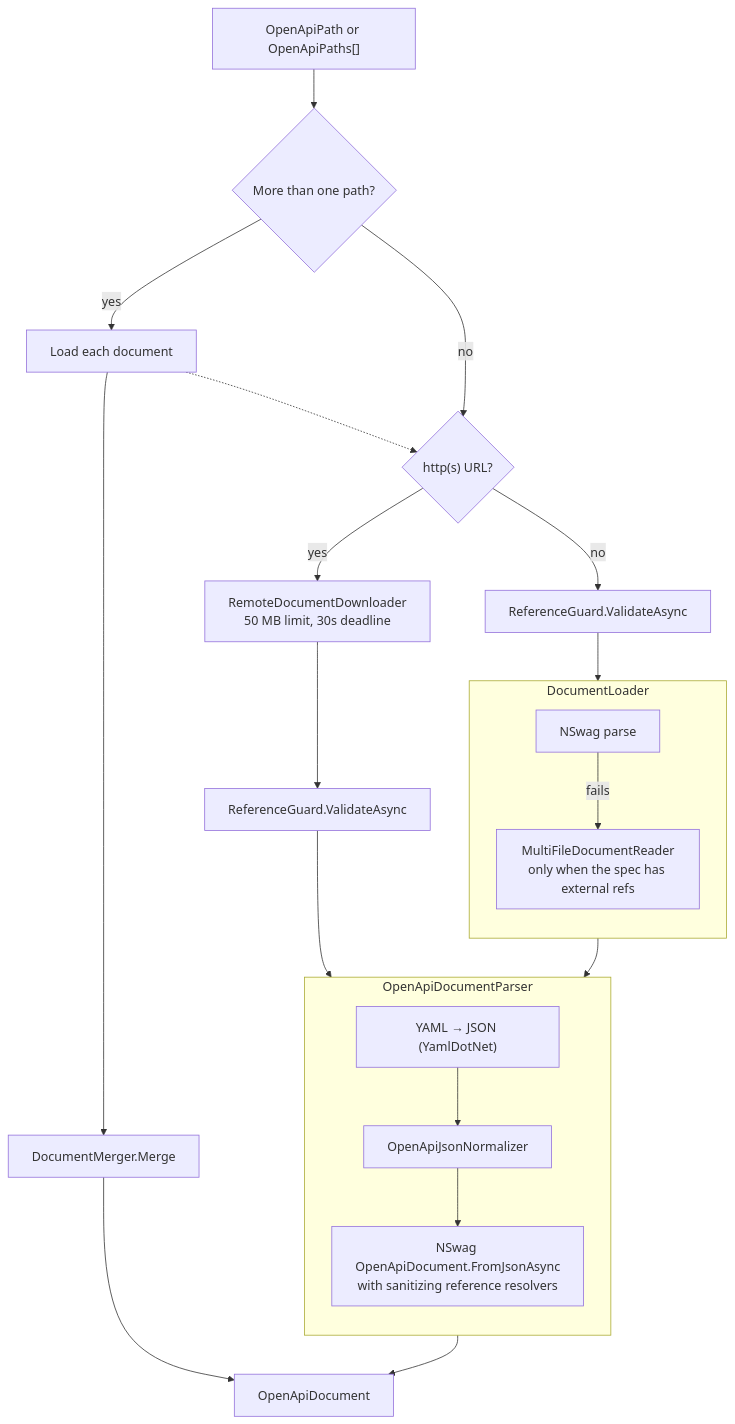
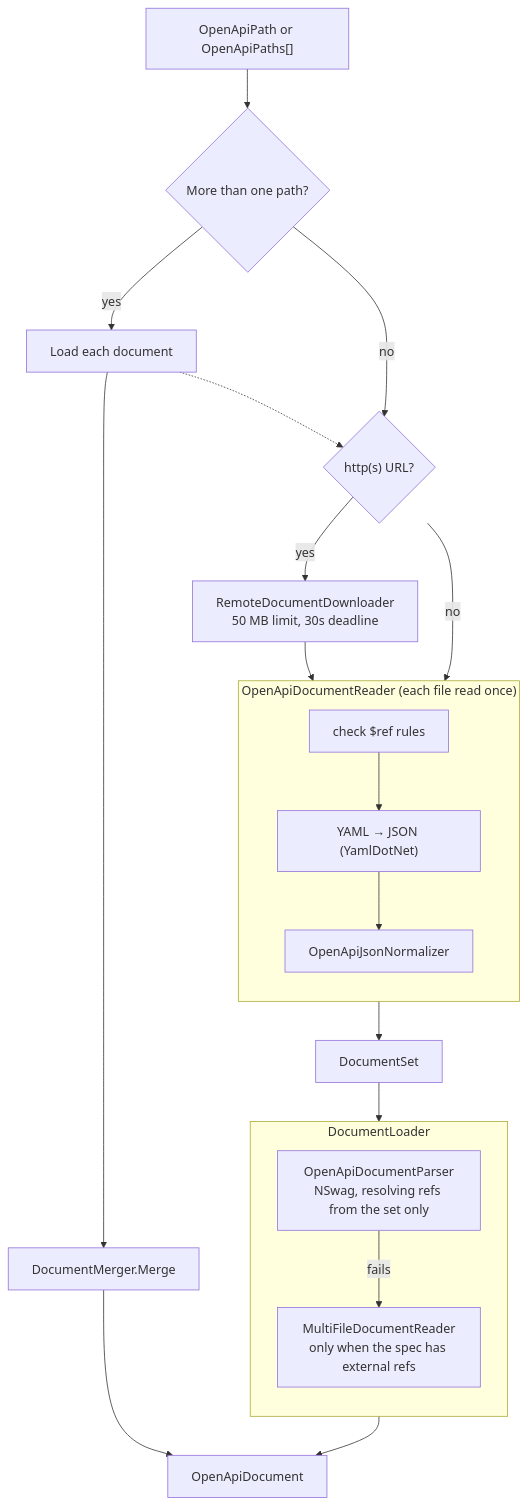
One commit to christianhelle/refitter changed the third of 10 diagrams in docs/docfx_project/articles/technical/core-pipeline.md. Above: the diagram before and after it, drawn with Mermaid. The commit also changed other lines of this file and 1 other file, not shown here.

Commit message:
Describe the document reader and document set in the pipeline docs

````diff
--- a/docs/docfx_project/articles/technical/core-pipeline.md
+++ b/docs/docfx_project/articles/technical/core-pipeline.md
@@ -84,23 +84,24 @@
 ```mermaid
 flowchart TD
     IN["OpenApiPath or OpenApiPaths[]"] --> MULTI{"More than one path?"}
     MULTI -- yes --> EACH["Load each document"] --> MERGE["DocumentMerger.Merge"]
     MULTI -- no --> KIND
     EACH -.-> KIND
     KIND{"http(s) URL?"}
-    KIND -- yes --> HTTP["RemoteDocumentDownloader<br/>50 MB limit, 30s deadline"] --> RG1["ReferenceGuard.ValidateAsync"] --> PARSE
-    KIND -- no --> RG2["ReferenceGuard.ValidateAsync"] --> LOADER
+    KIND -- yes --> HTTP["RemoteDocumentDownloader<br/>50 MB limit, 30s deadline"] --> READ
+    KIND -- no --> READ
 
+    subgraph READ["OpenApiDocumentReader (each file read once)"]
+        direction TB
+        R1["check $ref rules"] --> R2["YAML → JSON (YamlDotNet)"] --> R3["OpenApiJsonNormalizer"]
+    end
+
+    READ --> SET["DocumentSet"]
+    SET --> LOADER
     subgraph LOADER["DocumentLoader"]
         direction TB
-        S1["NSwag parse"] -- fails --> S2["MultiFileDocumentReader<br/>only when the spec has external refs"]
+        S1["OpenApiDocumentParser<br/>NSwag, resolving refs from the set only"] -- fails --> S2["MultiFileDocumentReader<br/>only when the spec has external refs"]
     end
-
-    LOADER --> PARSE
-    subgraph PARSE["OpenApiDocumentParser"]
-        direction TB
-        P1["YAML → JSON (YamlDotNet)"] --> P2["OpenApiJsonNormalizer"] --> P3["NSwag OpenApiDocument.FromJsonAsync<br/>with sanitizing reference resolvers"]
-    end
-    PARSE --> DOC["OpenApiDocument"]
+    LOADER --> DOC["OpenApiDocument"]
     MERGE --> DOC
 ```
````
